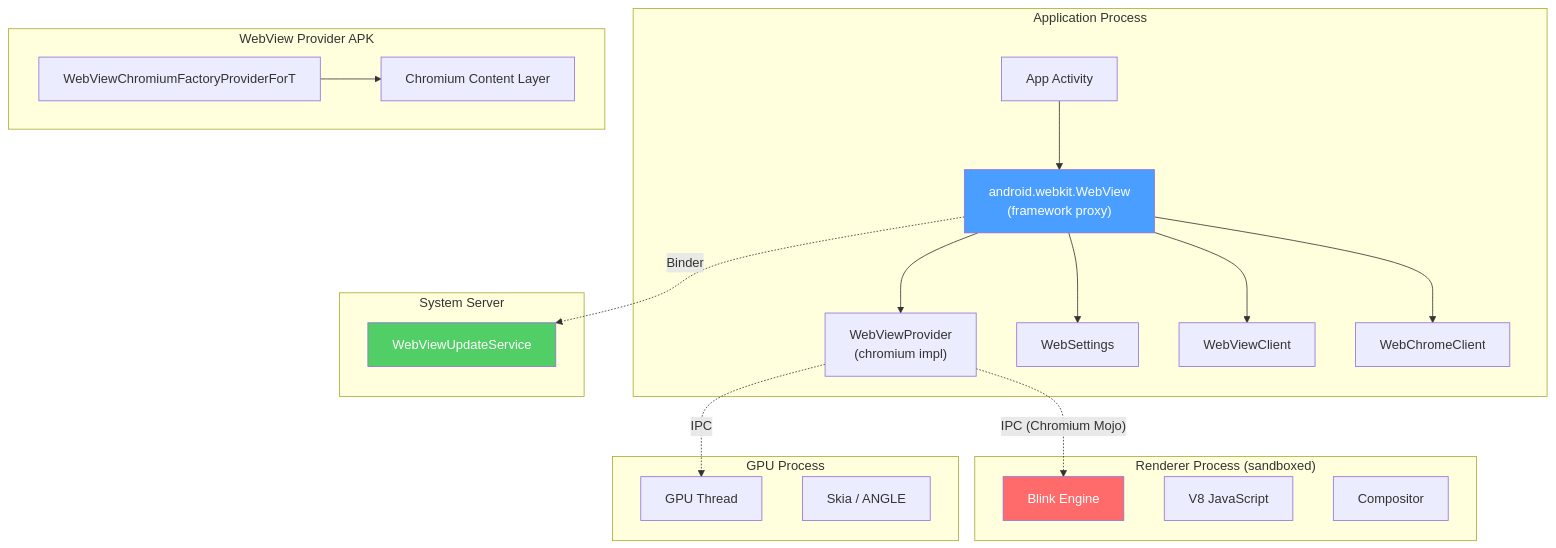
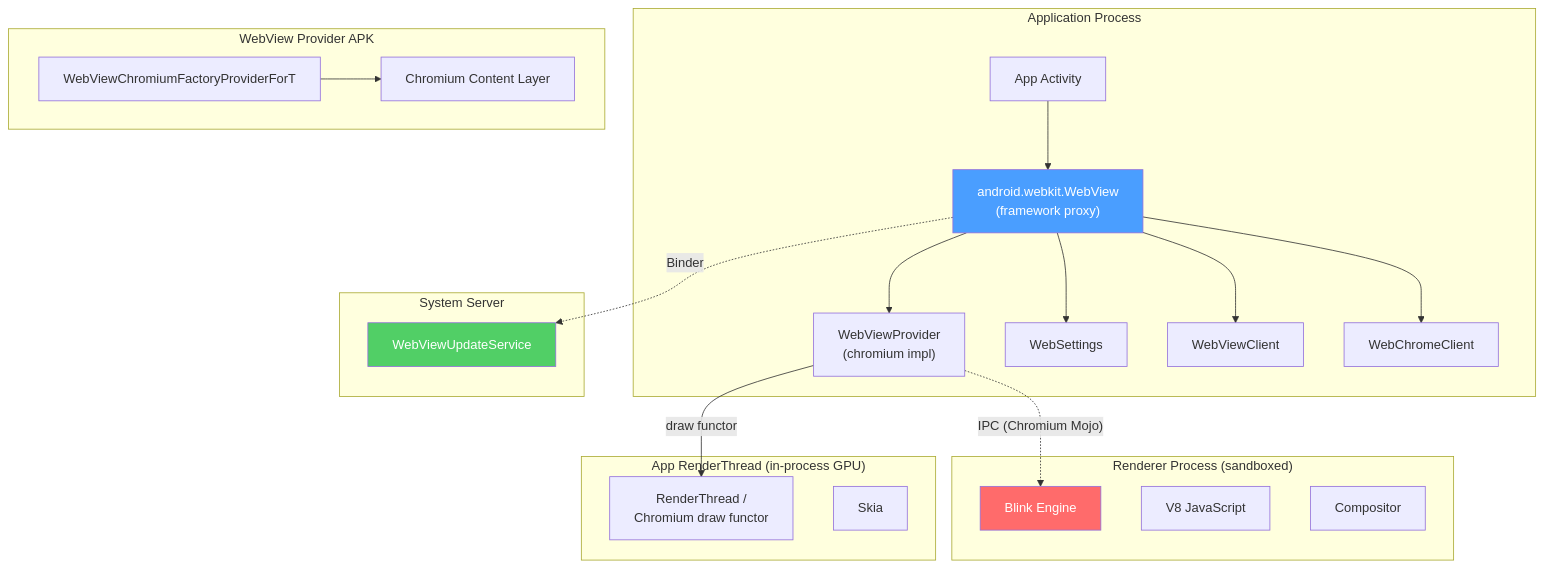
The first of 18 diagrams in agents/claude/skills/aosp-ui-framework/45-webview.md (aospbooks/aosp-internal-book), drawn with Mermaid before and after one commit. The commit also changed other lines of this file and 218 other files, not shown here.

````diff
--- a/agents/claude/skills/aosp-ui-framework/45-webview.md
+++ b/agents/claude/skills/aosp-ui-framework/45-webview.md
@@ -44,45 +46,45 @@
 ```mermaid
 graph TB
     subgraph "Application Process"
         APP["App Activity"]
         WV["android.webkit.WebView<br/>(framework proxy)"]
         WVP["WebViewProvider<br/>(chromium impl)"]
         WS["WebSettings"]
         WVC["WebViewClient"]
         WCC["WebChromeClient"]
         APP --> WV
         WV --> WVP
         WV --> WS
         WV --> WVC
         WV --> WCC
     end
 
     subgraph "WebView Provider APK"
         FACTORY["WebViewChromiumFactoryProviderForT"]
         CHROMIUM["Chromium Content Layer"]
         FACTORY --> CHROMIUM
     end
 
     subgraph "Renderer Process (sandboxed)"
         BLINK["Blink Engine"]
         V8["V8 JavaScript"]
         COMPOSITOR["Compositor"]
     end
 
-    subgraph "GPU Process"
-        GPU_THREAD["GPU Thread"]
-        SKIA["Skia / ANGLE"]
+    subgraph "App RenderThread (in-process GPU)"
+        GPU_THREAD["RenderThread /<br/>Chromium draw functor"]
+        SKIA["Skia"]
     end
 
     subgraph "System Server"
         WVUS["WebViewUpdateService"]
     end
 
     WVP -.->|"IPC (Chromium Mojo)"| BLINK
-    WVP -.->|"IPC"| GPU_THREAD
+    WVP -->|"draw functor"| GPU_THREAD
     WV -.->|"Binder"| WVUS
 
     style WV fill:#4a9eff,color:#fff
     style BLINK fill:#ff6b6b,color:#fff
     style WVUS fill:#51cf66,color:#fff
 ```
````
